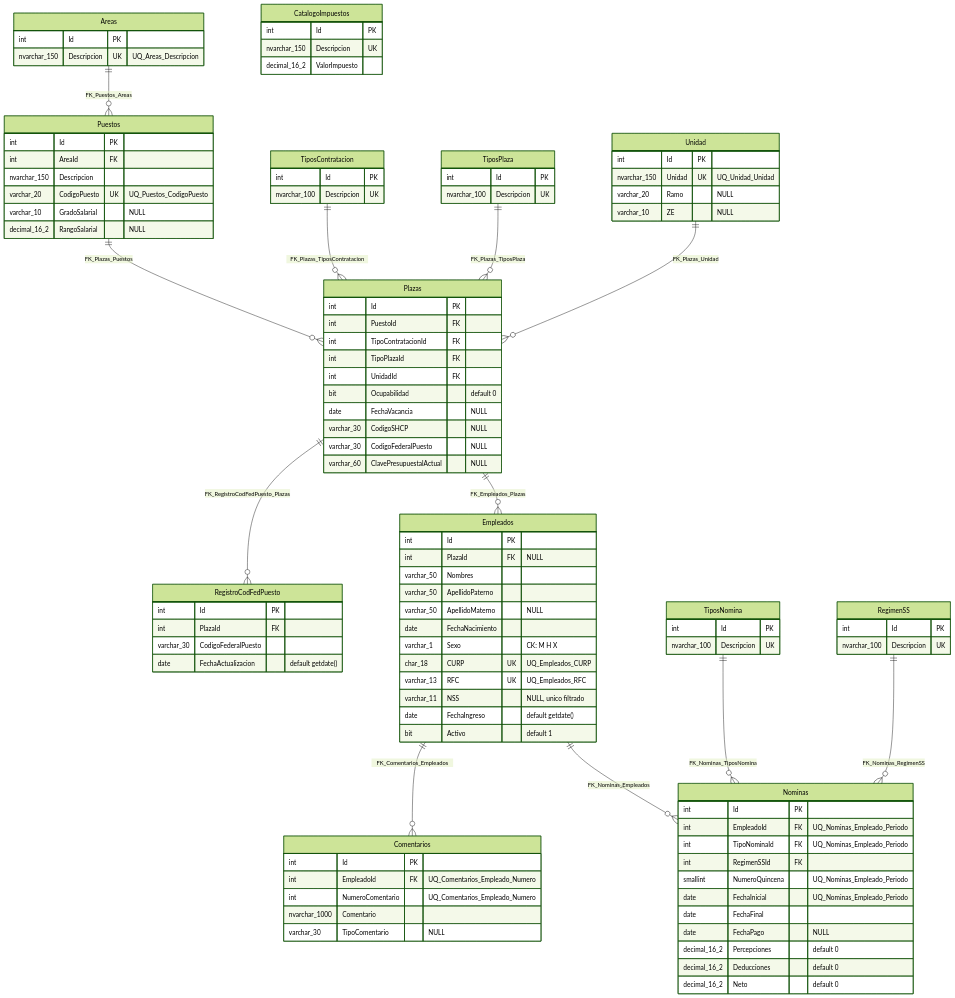
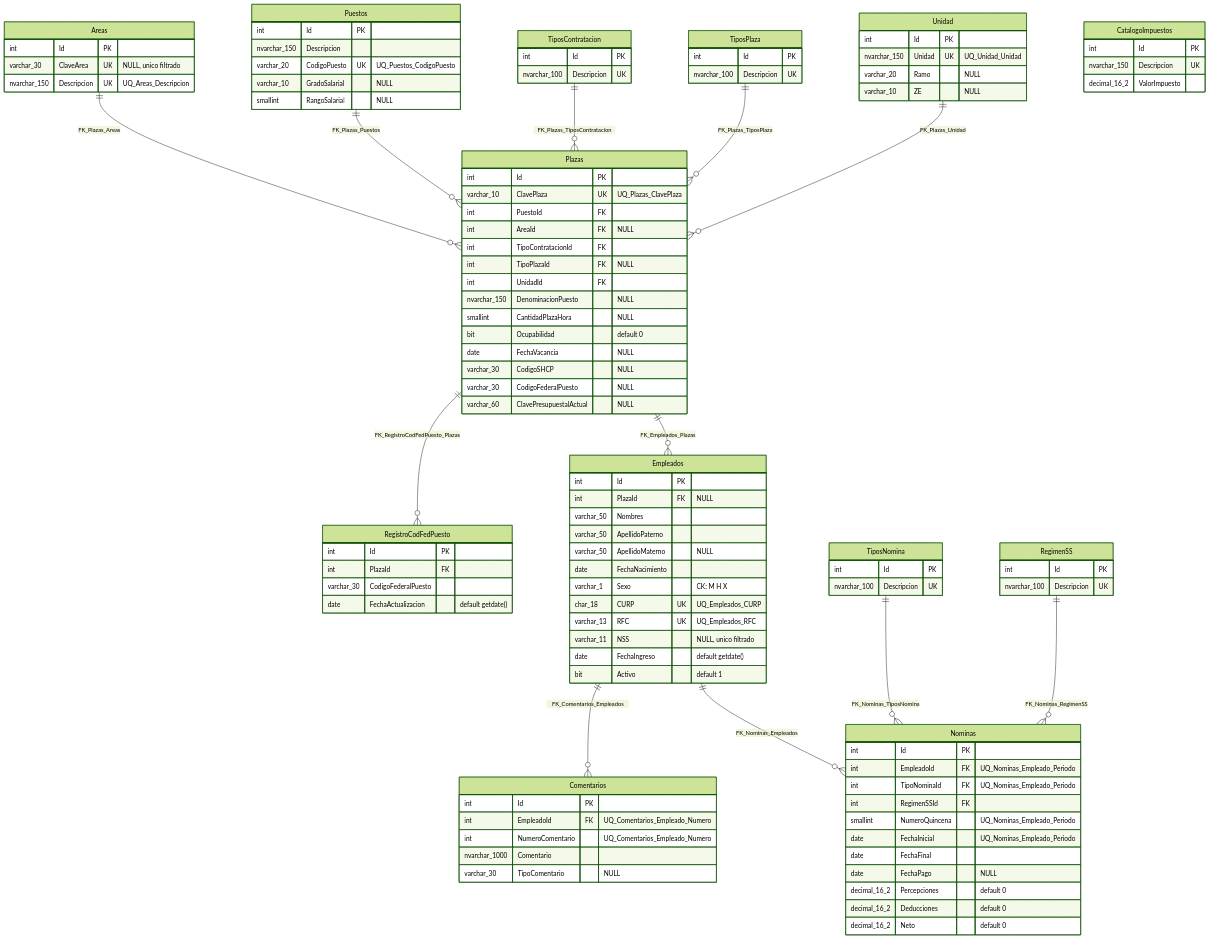
One commit to KillahBlitz/hospitalInfantil changed the diagram in Docs/database/db-schema-recursos-humanos.md. Above: the diagram before and after it, drawn with Mermaid (forest theme). The commit also changed other lines of this file and 40 other files, not shown here.

````diff
--- a/Docs/database/db-schema-recursos-humanos.md
+++ b/Docs/database/db-schema-recursos-humanos.md
@@ -78,6 +105,6 @@
 ```mermaid
 erDiagram
-    Areas ||--o{ Puestos : "FK_Puestos_Areas"
+    Areas ||--o{ Plazas : "FK_Plazas_Areas"
     Puestos ||--o{ Plazas : "FK_Plazas_Puestos"
     TiposContratacion ||--o{ Plazas : "FK_Plazas_TiposContratacion"
     TiposPlaza ||--o{ Plazas : "FK_Plazas_TiposPlaza"
@@ -91,15 +118,15 @@
 
     Areas {
         int Id PK
+        varchar_30 ClaveArea UK "NULL, unico filtrado"
         nvarchar_150 Descripcion UK "UQ_Areas_Descripcion"
     }
     Puestos {
         int Id PK
-        int AreaId FK
         nvarchar_150 Descripcion
         varchar_20 CodigoPuesto UK "UQ_Puestos_CodigoPuesto"
         varchar_10 GradoSalarial "NULL"
-        decimal_16_2 RangoSalarial "NULL"
+        smallint RangoSalarial "NULL"
     }
     TiposContratacion {
         int Id PK
@@ -117,10 +144,14 @@
     }
     Plazas {
         int Id PK
+        varchar_10 ClavePlaza UK "UQ_Plazas_ClavePlaza"
         int PuestoId FK
+        int AreaId FK "NULL"
         int TipoContratacionId FK
-        int TipoPlazaId FK
+        int TipoPlazaId FK "NULL"
         int UnidadId FK
+        nvarchar_150 DenominacionPuesto "NULL"
+        smallint CantidadPlazaHora "NULL"
         bit Ocupabilidad "default 0"
         date FechaVacancia "NULL"
         varchar_30 CodigoSHCP "NULL"
````
